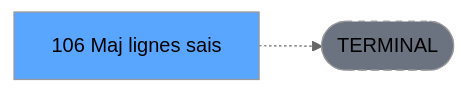
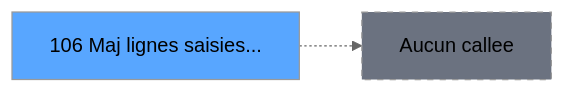
Before and after one commit to thonyAGP/lecteur-magic: the third of 3 diagrams in .openspec/specs/ADH-IDE-106.md, drawn with Mermaid (neutral theme). The commit also changed other lines of this file and 96 other files, not shown here.

````diff
--- a/.openspec/specs/ADH-IDE-106.md
+++ b/.openspec/specs/ADH-IDE-106.md
@@ -137,8 +221,8 @@
 ```mermaid
 graph LR
-    T[106 Maj lignes sais]
-    TERM([TERMINAL])
-    T -.-> TERM
-    style TERM fill:#6b7280,stroke-dasharray: 5 5
-    style T fill:#58a6ff,color:#000
+    T106[106 Maj lignes saisies...]
+    style T106 fill:#58a6ff
+    NONE[Aucun callee]
+    T106 -.-> NONE
+    style NONE fill:#6b7280,stroke-dasharray: 5 5
 ```
````
